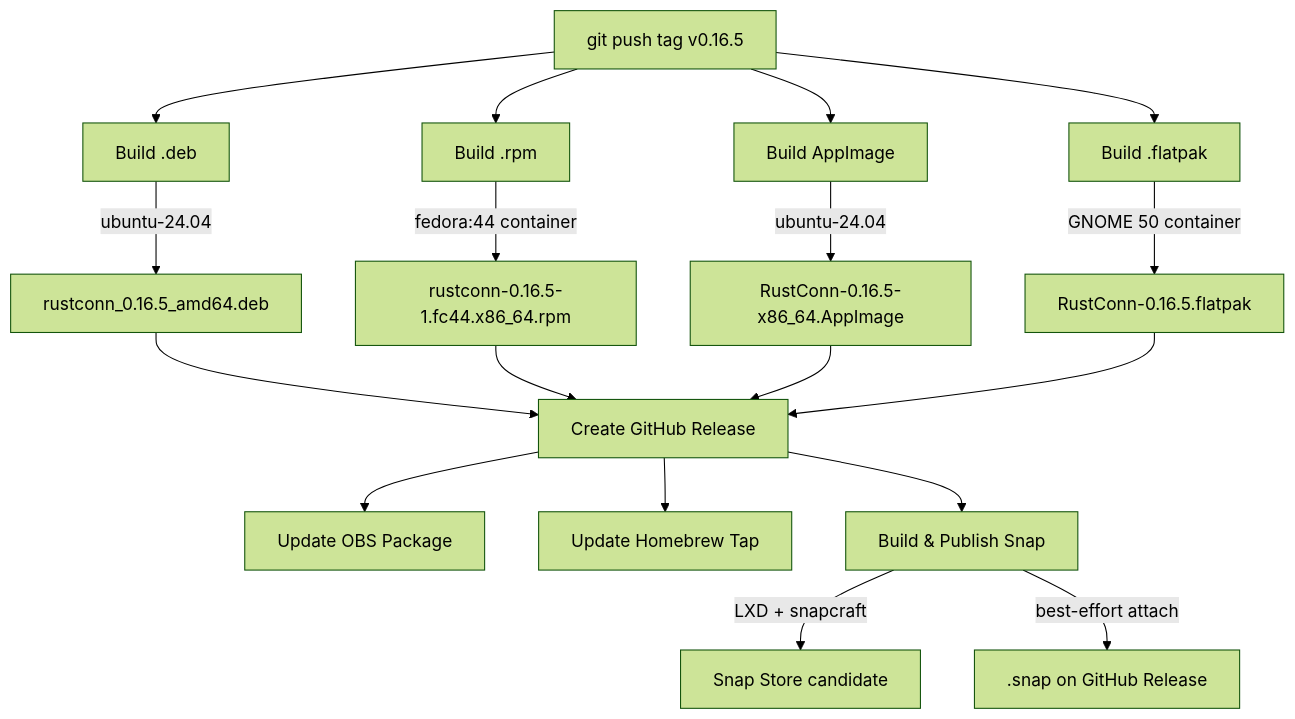
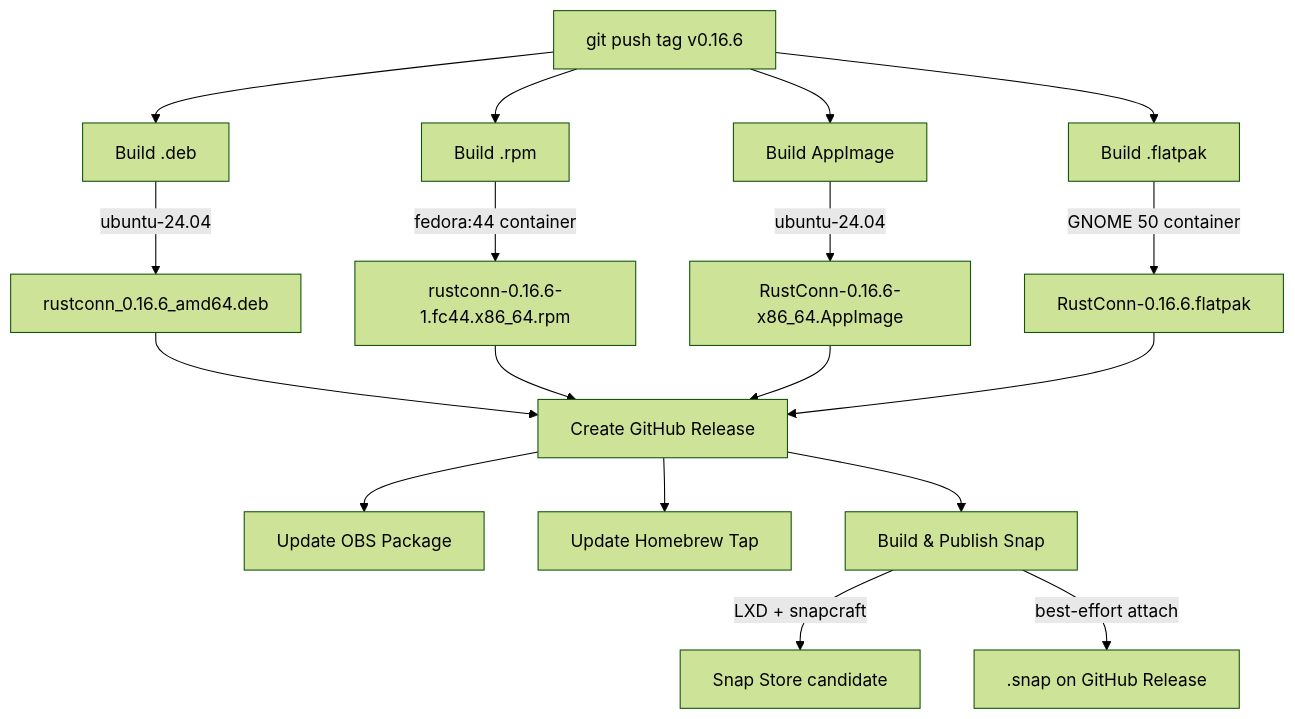
The third of 6 diagrams in docs/CI_BUILD_FLOW.md (shanecaf/RustConn), drawn with Mermaid (forest theme) before and after one commit. The commit also changed other lines of this file and 22 other files, not shown here.

````diff
--- a/docs/CI_BUILD_FLOW.md
+++ b/docs/CI_BUILD_FLOW.md
@@ -67,23 +67,23 @@
 ```mermaid
 graph TD
-    Tag[git push tag v0.16.5] --> BuildDeb[Build .deb]
+    Tag[git push tag v0.16.6] --> BuildDeb[Build .deb]
     Tag --> BuildRPM[Build .rpm]
     Tag --> BuildAppImage[Build AppImage]
     Tag --> BuildFlatpak[Build .flatpak]
 
-    BuildDeb --> |ubuntu-24.04| DebArtifact[rustconn_0.16.5_amd64.deb]
-    BuildRPM --> |fedora:44 container| RPMArtifact[rustconn-0.16.5-1.fc44.x86_64.rpm]
-    BuildAppImage --> |ubuntu-24.04| AppImageArtifact[RustConn-0.16.5-x86_64.AppImage]
-    BuildFlatpak --> |GNOME 50 container| FlatpakArtifact[RustConn-0.16.5.flatpak]
+    BuildDeb --> |ubuntu-24.04| DebArtifact[rustconn_0.16.6_amd64.deb]
+    BuildRPM --> |fedora:44 container| RPMArtifact[rustconn-0.16.6-1.fc44.x86_64.rpm]
+    BuildAppImage --> |ubuntu-24.04| AppImageArtifact[RustConn-0.16.6-x86_64.AppImage]
+    BuildFlatpak --> |GNOME 50 container| FlatpakArtifact[RustConn-0.16.6.flatpak]
 
     DebArtifact --> Release[Create GitHub Release]
     RPMArtifact --> Release
     AppImageArtifact --> Release
     FlatpakArtifact --> Release
 
     Release --> UpdateOBS[Update OBS Package]
     Release --> Brew[Update Homebrew Tap]
     Release --> BuildSnap[Build & Publish Snap]
     BuildSnap --> |LXD + snapcraft| SnapStore[Snap Store candidate]
     BuildSnap --> |best-effort attach| SnapAsset[.snap on GitHub Release]
 ```
````
